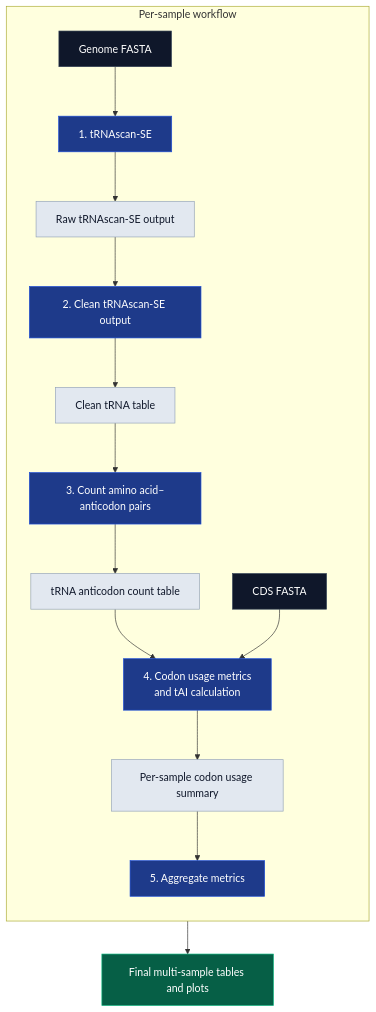
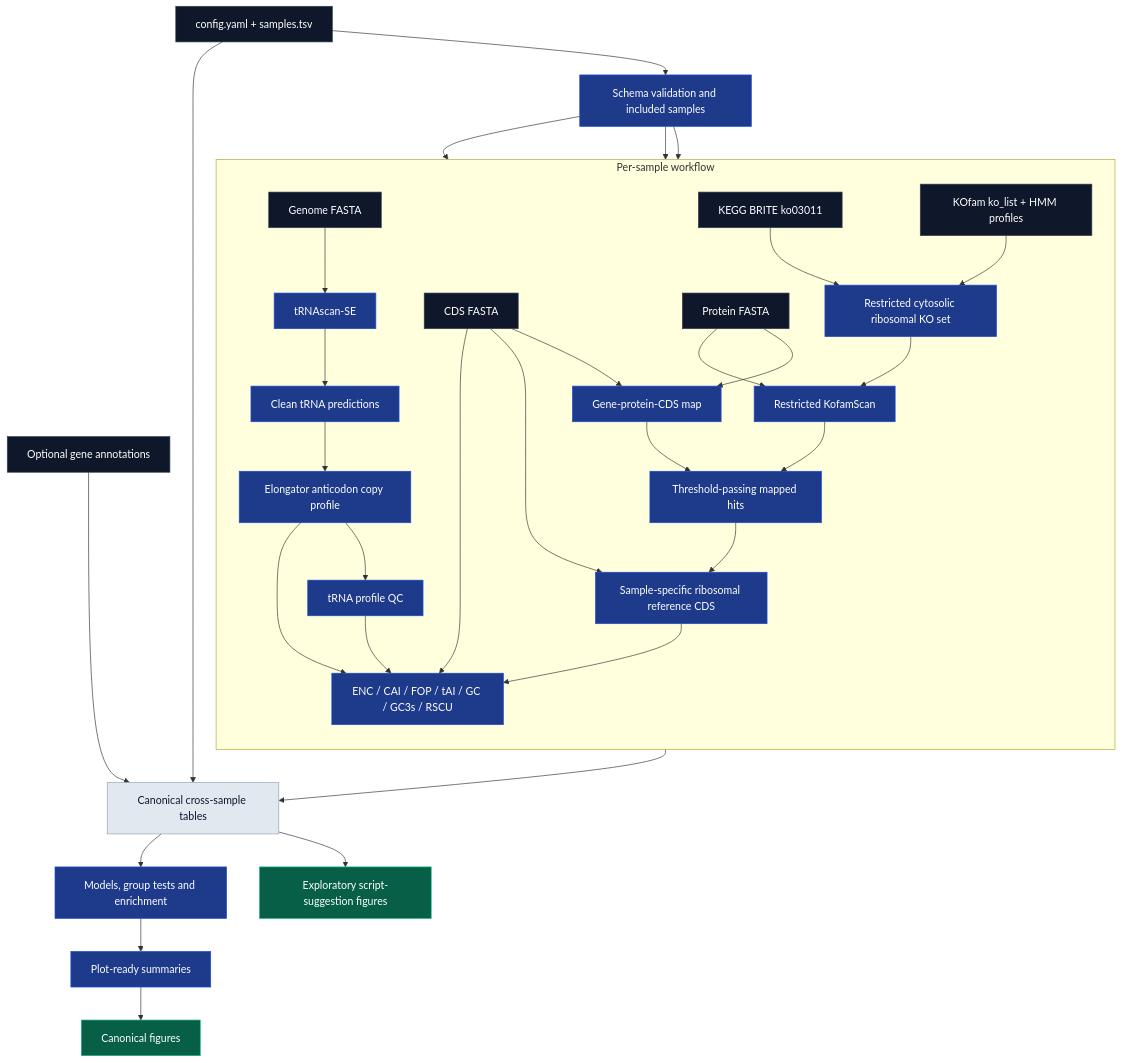
The diagram in README.md (NorbertSzala/tAIpipe), drawn with Mermaid before and after one commit. The commit also changed other lines of this file and 3 other files, not shown here.

````diff
--- a/README.md
+++ b/README.md
@@ -194,48 +328,53 @@
 ```mermaid
 flowchart TD
-    %% =========================================
-    %% Per-sample genomic analysis workflow
-    %% =========================================
+    META["config.yaml + samples.tsv"] --> VALIDATE["Schema validation and included samples"]
 
     subgraph SAMPLE["Per-sample workflow"]
         direction TB
 
-        A["Genome FASTA"]
-            --> B["1. tRNAscan-SE"]
+        GENOME["Genome FASTA"] --> TRNA["tRNAscan-SE"]
+        TRNA --> CLEAN["Clean tRNA predictions"]
+        CLEAN --> COUNTS["Elongator anticodon copy profile"]
+        COUNTS --> TQC["tRNA profile QC"]
 
-        B --> C["Raw tRNAscan-SE output"]
+        CDS["CDS FASTA"] --> MAP["Gene-protein-CDS map"]
+        PROTEIN["Protein FASTA"] --> MAP
 
-        C --> D["2. Clean tRNAscan-SE output"]
+        BRITE["KEGG BRITE ko03011"] --> KOSET["Restricted cytosolic ribosomal KO set"]
+        KOFAMDB["KOfam ko_list + HMM profiles"] --> KOSET
+        PROTEIN --> SEARCH["Restricted KofamScan"]
+        KOSET --> SEARCH
+        SEARCH --> HITS["Threshold-passing mapped hits"]
+        MAP --> HITS
+        HITS --> REF["Sample-specific ribosomal reference CDS"]
+        CDS --> REF
 
-        D --> E["Clean tRNA table"]
-
-        E --> F["3. Count amino acid–anticodon pairs"]
-
-        F --> G["tRNA anticodon count table"]
-
-        H["CDS FASTA"]
-
-        G --> I["4. Codon usage metrics<br/>and tAI calculation"]
-        H --> I
-
-        I --> J["Per-sample codon usage summary"]
-
-        J --> K["5. Aggregate metrics"]
+        CDS --> METRICS["ENC / CAI / FOP / tAI / GC / GC3s / RSCU"]
+        COUNTS --> METRICS
+        TQC --> METRICS
+        REF --> METRICS
     end
 
-    K --> L["Final multi-sample tables and plots"]
+    VALIDATE --> GENOME
+    VALIDATE --> CDS
+    VALIDATE --> PROTEIN
 
-    %% =========================================
-    %% Styling
-    %% =========================================
+    METRICS --> TABLES["Canonical cross-sample tables"]
+    ANNOT["Optional gene annotations"] --> TABLES
+    META --> TABLES
+
+    TABLES --> STATS["Models, group tests and enrichment"]
+    STATS --> SUMMARIES["Plot-ready summaries"]
+    SUMMARIES --> PLOTS["Canonical figures"]
+    TABLES --> EXPLORE["Exploratory script-suggestion figures"]
 
     classDef input fill:#0f172a,stroke:#334155,color:#ffffff,stroke-width:1px;
     classDef process fill:#1e3a8a,stroke:#1d4ed8,color:#ffffff,stroke-width:1px;
     classDef intermediate fill:#e2e8f0,stroke:#94a3b8,color:#0f172a,stroke-width:1px;
     classDef output fill:#065f46,stroke:#10b981,color:#ffffff,stroke-width:1px;
 
-    class A,H input;
-    class B,D,F,I,K process;
-    class C,E,G,J intermediate;
-    class L output;
+    class META,GENOME,CDS,PROTEIN,BRITE,KOFAMDB,ANNOT input;
+    class VALIDATE,TRNA,CLEAN,COUNTS,TQC,MAP,KOSET,SEARCH,HITS,REF,METRICS,STATS,SUMMARIES process;
+    class TABLES intermediate;
+    class PLOTS,EXPLORE output;
 ```
````
